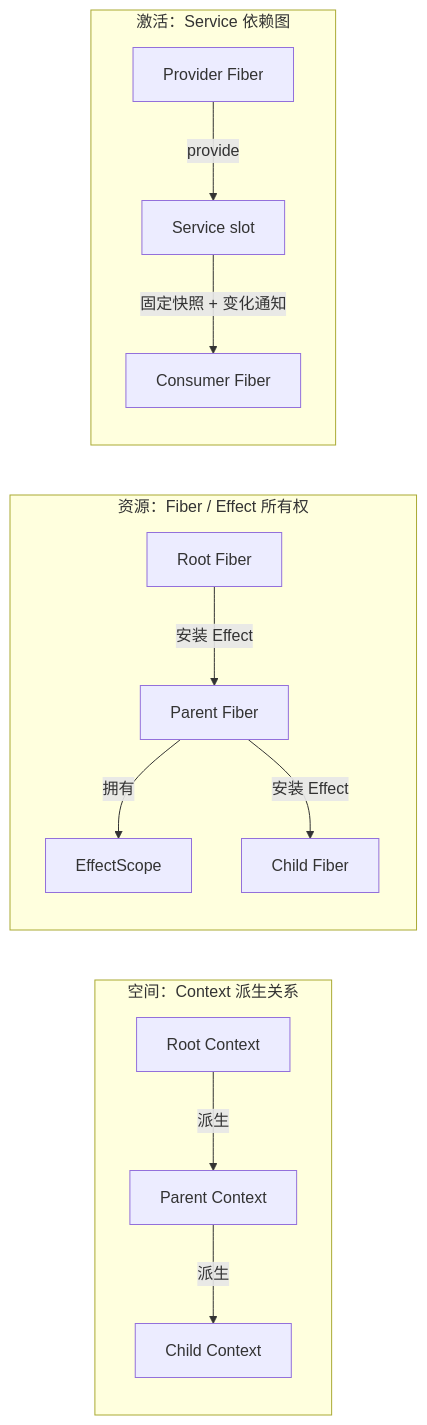
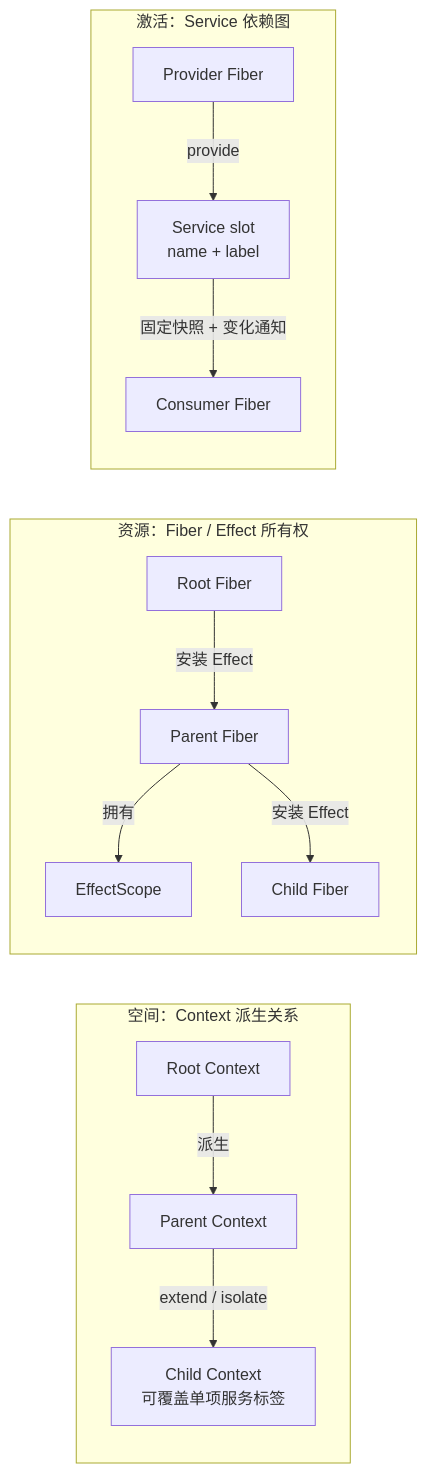
Before and after one commit to fanfan-de/NyaCore: the third of 7 diagrams in docs/architecture.md, drawn with Mermaid. The commit also changed other lines of this file and 13 other files, not shown here.

````diff
--- a/docs/architecture.md
+++ b/docs/architecture.md
@@ -129,21 +129,21 @@
 ```mermaid
 flowchart LR
     subgraph Space["空间：Context 派生关系"]
         direction TB
         RootContext["Root Context"] -->|"派生"| ParentContext["Parent Context"]
-        ParentContext -->|"派生"| ChildContext["Child Context"]
+        ParentContext -->|"extend / isolate"| ChildContext["Child Context<br/>可覆盖单项服务标签"]
     end
 
     subgraph Ownership["资源：Fiber / Effect 所有权"]
         direction TB
         RootOwner["Root Fiber"] -->|"安装 Effect"| ParentFiber["Parent Fiber"]
         ParentFiber -->|"拥有"| ParentEffect["EffectScope"]
         ParentFiber -->|"安装 Effect"| ChildFiber["Child Fiber"]
     end
 
     subgraph Dependency["激活：Service 依赖图"]
         direction TB
-        Provider["Provider Fiber"] -->|"provide"| Slot["Service slot"]
+        Provider["Provider Fiber"] -->|"provide"| Slot["Service slot<br/>name + label"]
         Slot -->|"固定快照 + 变化通知"| Consumer["Consumer Fiber"]
     end
 ```
````
